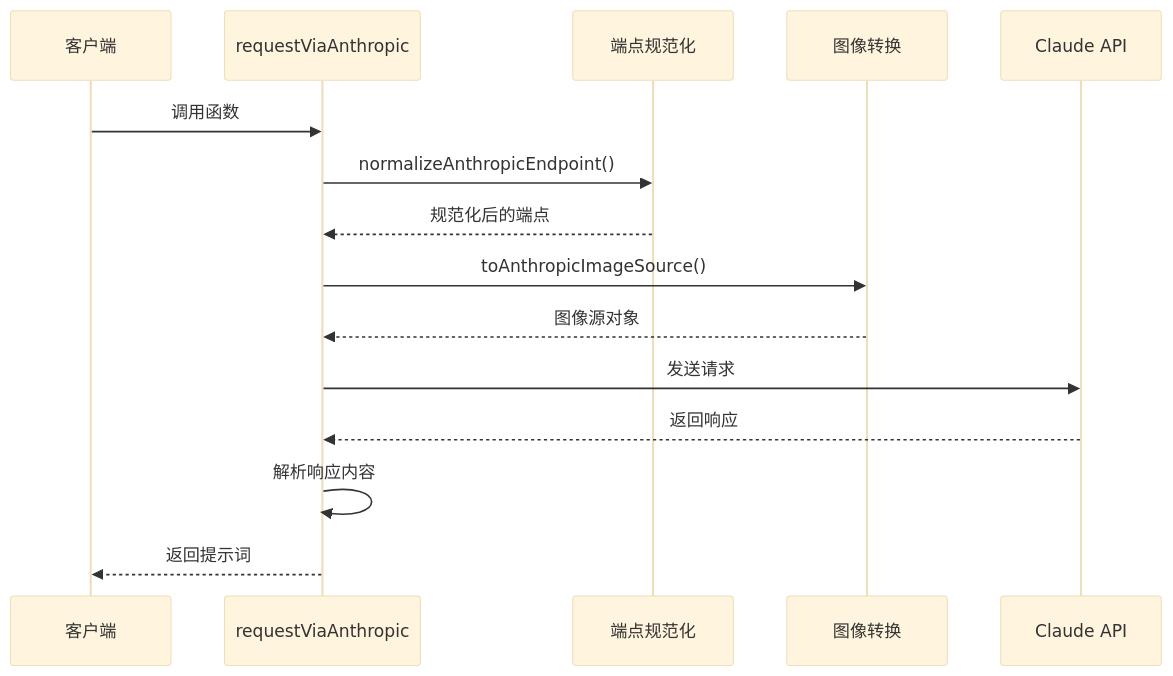
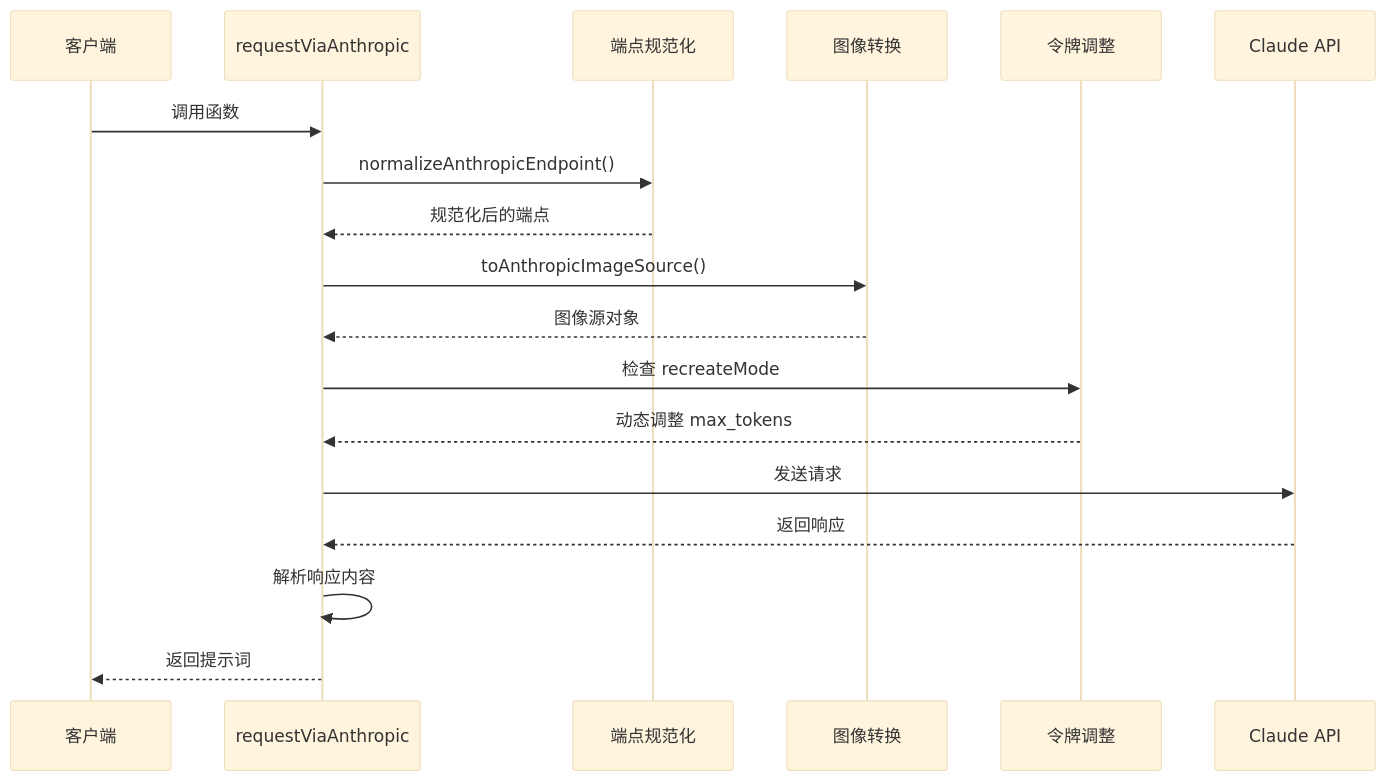
Before and after one commit to binasi/Img2Prompt: the fourth of 11 diagrams in .qoder/repowiki/zh/content/核心功能/AI 模型集成/Anthropic Claude 接口.md, drawn with Mermaid (base theme). The commit also changed other lines of this file and 21 other files, not shown here.

````diff
--- a/.qoder/repowiki/zh/content/核心功能/AI 模型集成/Anthropic Claude 接口.md
+++ b/.qoder/repowiki/zh/content/核心功能/AI 模型集成/Anthropic Claude 接口.md
@@ -140,17 +163,20 @@
 ```mermaid
 sequenceDiagram
 participant Client as 客户端
 participant Handler as requestViaAnthropic
 participant Endpoint as 端点规范化
 participant Image as 图像转换
+participant Token as 令牌调整
 participant API as Claude API
 Client->>Handler : 调用函数
 Handler->>Endpoint : normalizeAnthropicEndpoint()
 Endpoint-->>Handler : 规范化后的端点
 Handler->>Image : toAnthropicImageSource()
 Image-->>Handler : 图像源对象
+Handler->>Token : 检查 recreateMode
+Token-->>Handler : 动态调整 max_tokens
 Handler->>API : 发送请求
 API-->>Handler : 返回响应
 Handler->>Handler : 解析响应内容
 Handler-->>Client : 返回提示词
 ```
````
